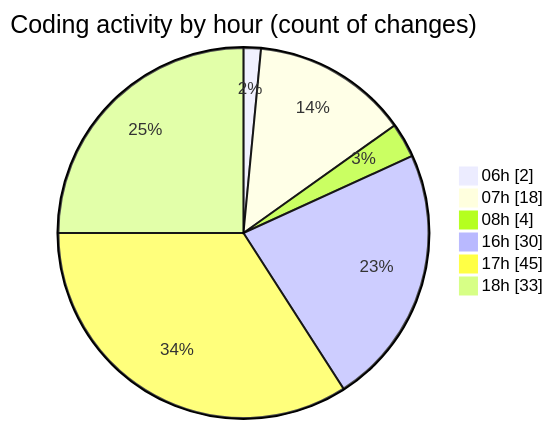
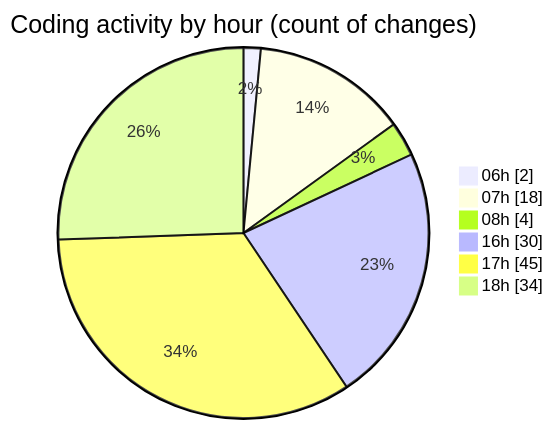
The second of 2 diagrams in 2025-01-27/termonied-web/README.md (robertbonfada/code-tracking), drawn with Mermaid before and after one commit. The commit also changed other lines of this file and 1 other file, not shown here.

````diff
--- a/2025-01-27/termonied-web/README.md
+++ b/2025-01-27/termonied-web/README.md
@@ -44,10 +44,10 @@
 ```mermaid
 pie showData
 title Coding activity by hour (count of changes)
 "06h" : 2
 "07h" : 18
 "08h" : 4
 "16h" : 30
 "17h" : 45
-"18h" : 33
+"18h" : 34
 ```
````
